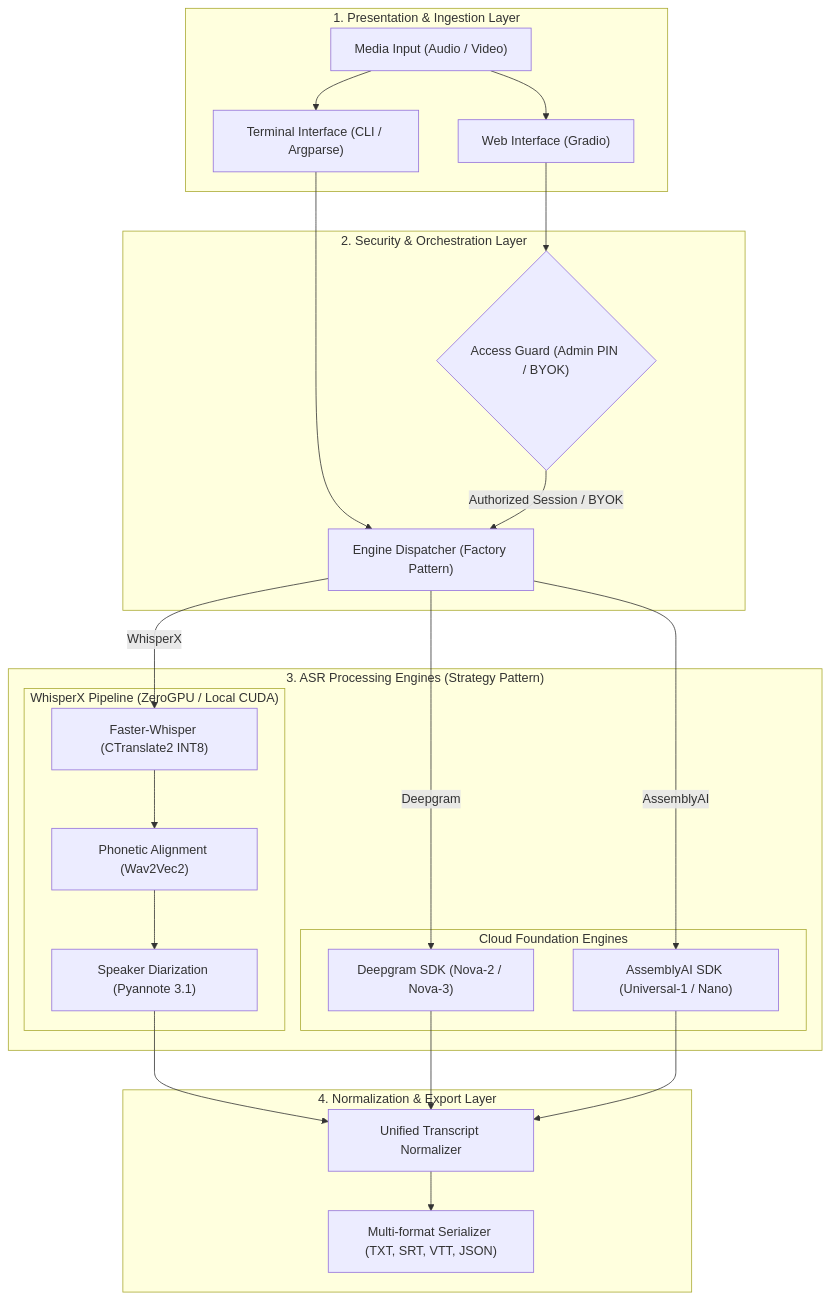
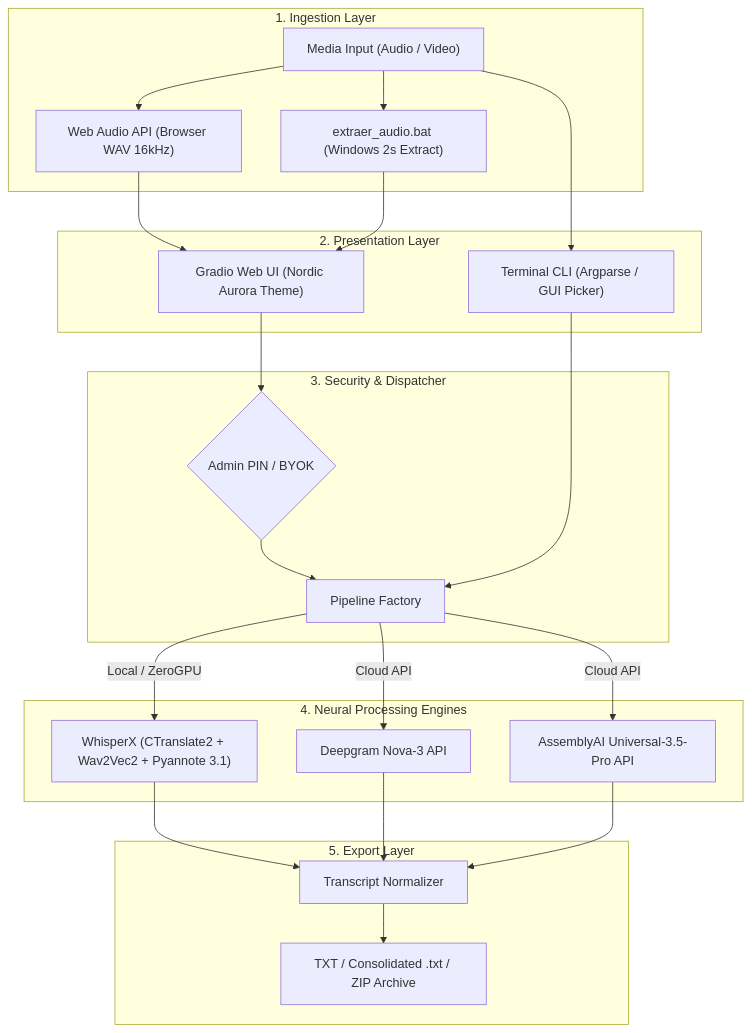
The diagram in README.md (Klopezxd/transcriptor-suite), drawn with Mermaid before and after one commit. The commit also changed other lines of this file and 3 other files, not shown here.

````diff
--- a/README.md
+++ b/README.md
@@ -99,46 +93,43 @@
 ```mermaid
 flowchart TD
-    subgraph Ingestion ["1. Presentation & Ingestion Layer"]
-        Audio["Media Input (Audio / Video)"]
-        WebUI["Web Interface (Gradio)"]
-        CLI["Terminal Interface (CLI / Argparse)"]
-        Audio --> WebUI
-        Audio --> CLI
+    subgraph Input ["1. Ingestion Layer"]
+        Media["Media Input (Audio / Video)"]
+        Bat["extraer_audio.bat (Windows 2s Extract)"]
+        WebOpt["Web Audio API (Browser WAV 16kHz)"]
+        Media --> Bat
+        Media --> WebOpt
     end
 
-    subgraph Core ["2. Security & Orchestration Layer"]
-        AuthGuard{"Access Guard (Admin PIN / BYOK)"}
-        Dispatcher["Engine Dispatcher (Factory Pattern)"]
-        WebUI --> AuthGuard
-        CLI --> Dispatcher
-        AuthGuard -->|"Authorized Session / BYOK"| Dispatcher
+    subgraph Interface ["2. Presentation Layer"]
+        WebUI["Gradio Web UI (Nordic Aurora Theme)"]
+        CLI["Terminal CLI (Argparse / GUI Picker)"]
+        WebOpt --> WebUI
+        Bat --> WebUI
+        Media --> CLI
     end
 
-    subgraph Engines ["3. ASR Processing Engines (Strategy Pattern)"]
-        subgraph LocalPipeline ["WhisperX Pipeline (ZeroGPU / Local CUDA)"]
-            ASR["Faster-Whisper (CTranslate2 INT8)"]
-            Align["Phonetic Alignment (Wav2Vec2)"]
-            Diarize["Speaker Diarization (Pyannote 3.1)"]
-            ASR --> Align --> Diarize
-        end
-
-        subgraph CloudPipeline ["Cloud Foundation Engines"]
-            Deepgram["Deepgram SDK (Nova-2 / Nova-3)"]
-            Assembly["AssemblyAI SDK (Universal-1 / Nano)"]
-        end
-
-        Dispatcher -->|"WhisperX"| ASR
-        Dispatcher -->|"Deepgram"| Deepgram
-        Dispatcher -->|"AssemblyAI"| Assembly
+    subgraph Dispatch ["3. Security & Dispatcher"]
+        AuthGuard{"Admin PIN / BYOK"}
+        Factory["Pipeline Factory"]
+        WebUI --> AuthGuard --> Factory
+        CLI --> Factory
     end
 
-    subgraph OutputLayer ["4. Normalization & Export Layer"]
-        Normalizer["Unified Transcript Normalizer"]
-        Exporter["Multi-format Serializer (TXT, SRT, VTT, JSON)"]
-        
-        Diarize --> Normalizer
-        Deepgram --> Normalizer
-        Assembly --> Normalizer
-        Normalizer --> Exporter
+    subgraph Engines ["4. Neural Processing Engines"]
+        WX["WhisperX (CTranslate2 + Wav2Vec2 + Pyannote 3.1)"]
+        DG["Deepgram Nova-3 API"]
+        AA["AssemblyAI Universal-3.5-Pro API"]
+        Factory -->|"Local / ZeroGPU"| WX
+        Factory -->|"Cloud API"| DG
+        Factory -->|"Cloud API"| AA
+    end
+
+    subgraph Output ["5. Export Layer"]
+        Normalizer["Transcript Normalizer"]
+        Files["TXT / Consolidated .txt / ZIP Archive"]
+        WX --> Normalizer
+        DG --> Normalizer
+        AA --> Normalizer
+        Normalizer --> Files
     end
 ```
````
